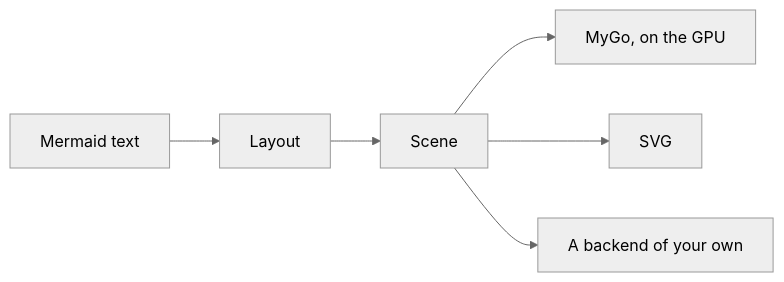
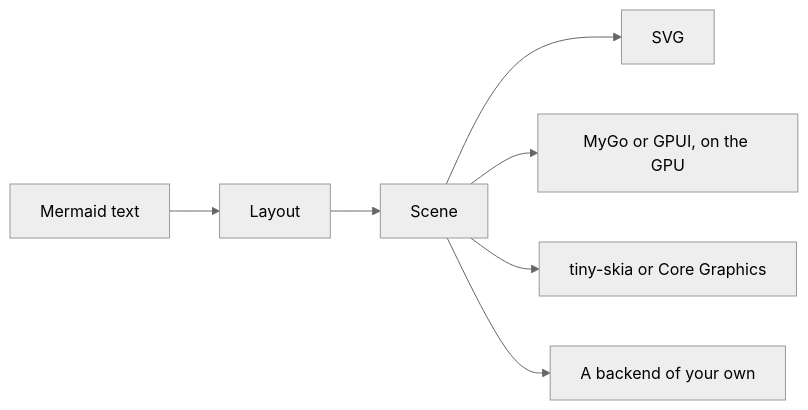
The second of 2 diagrams in src/content/docs/architecture.md (firede/limu-website), drawn with Mermaid (neutral theme) before and after one commit. The commit also changed other lines of this file and 27 other files, not shown here.

````diff
--- a/src/content/docs/architecture.md
+++ b/src/content/docs/architecture.md
@@ -19,7 +21,8 @@
 ```mermaid draw title="limu" mark="scene"
 flowchart LR
   text[Mermaid text] --> layout[Layout] --> scene[Scene]
-  scene --> mygo[MyGo, on the GPU]
   scene --> svg[SVG]
+  scene --> gpu[MyGo or GPUI, on the GPU]
+  scene --> bitmap[tiny-skia or Core Graphics]
   scene --> own[A backend of your own]
 ```
````
